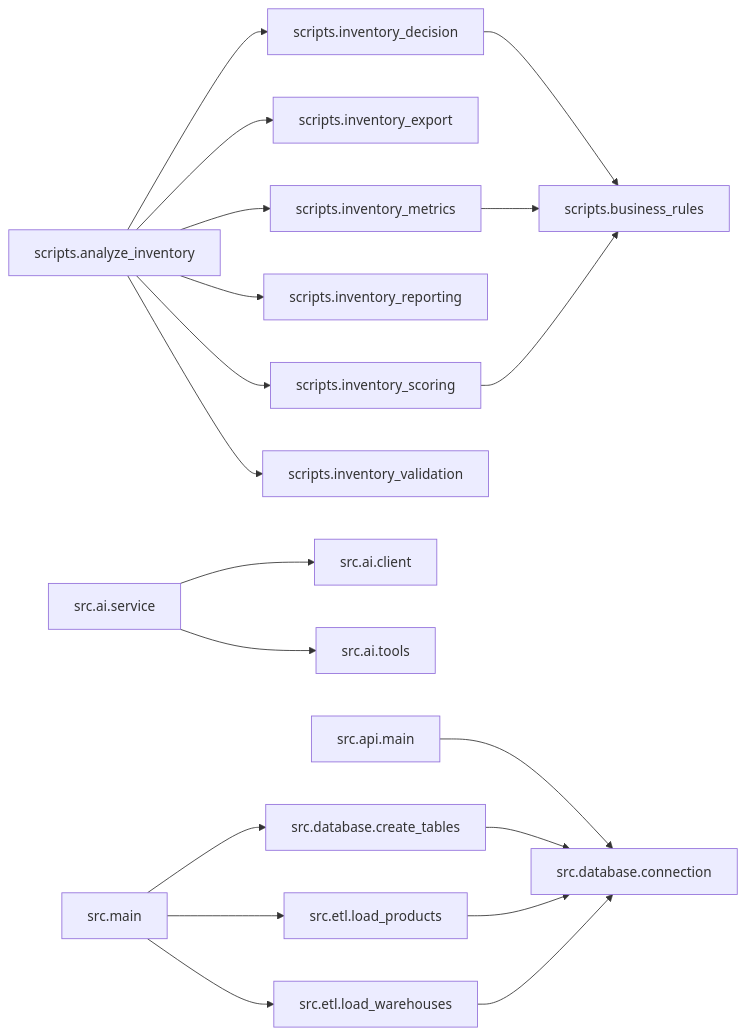
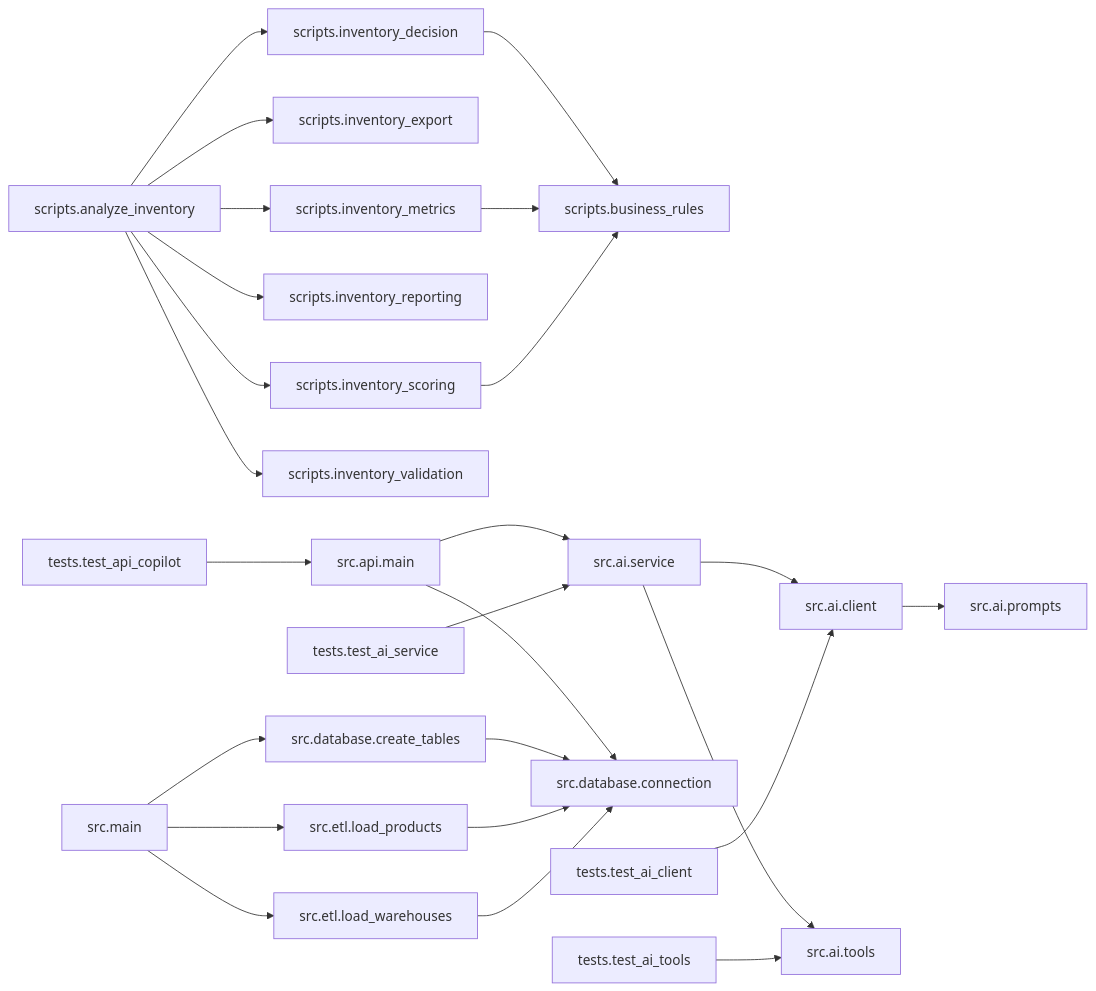
Before and after one commit to RodsSoares/ai-supply-chain-copilot: the diagram in docs/project_audit/PROJECT_AUDIT.md, drawn with Mermaid. The commit also changed other lines of this file and 10 other files, not shown here.

````diff
--- a/docs/project_audit/PROJECT_AUDIT.md
+++ b/docs/project_audit/PROJECT_AUDIT.md
@@ -357,21 +458,27 @@
 ```mermaid
 flowchart LR
     scripts_analyze_inventory["scripts.analyze_inventory"] --> scripts_inventory_decision["scripts.inventory_decision"]
     scripts_analyze_inventory["scripts.analyze_inventory"] --> scripts_inventory_export["scripts.inventory_export"]
     scripts_analyze_inventory["scripts.analyze_inventory"] --> scripts_inventory_metrics["scripts.inventory_metrics"]
     scripts_analyze_inventory["scripts.analyze_inventory"] --> scripts_inventory_reporting["scripts.inventory_reporting"]
     scripts_analyze_inventory["scripts.analyze_inventory"] --> scripts_inventory_scoring["scripts.inventory_scoring"]
     scripts_analyze_inventory["scripts.analyze_inventory"] --> scripts_inventory_validation["scripts.inventory_validation"]
     scripts_inventory_decision["scripts.inventory_decision"] --> scripts_business_rules["scripts.business_rules"]
     scripts_inventory_metrics["scripts.inventory_metrics"] --> scripts_business_rules["scripts.business_rules"]
     scripts_inventory_scoring["scripts.inventory_scoring"] --> scripts_business_rules["scripts.business_rules"]
+    src_ai_client["src.ai.client"] --> src_ai_prompts["src.ai.prompts"]
     src_ai_service["src.ai.service"] --> src_ai_client["src.ai.client"]
     src_ai_service["src.ai.service"] --> src_ai_tools["src.ai.tools"]
+    src_api_main["src.api.main"] --> src_ai_service["src.ai.service"]
     src_api_main["src.api.main"] --> src_database_connection["src.database.connection"]
     src_database_create_tables["src.database.create_tables"] --> src_database_connection["src.database.connection"]
     src_etl_load_products["src.etl.load_products"] --> src_database_connection["src.database.connection"]
     src_etl_load_warehouses["src.etl.load_warehouses"] --> src_database_connection["src.database.connection"]
     src_main["src.main"] --> src_database_create_tables["src.database.create_tables"]
     src_main["src.main"] --> src_etl_load_products["src.etl.load_products"]
     src_main["src.main"] --> src_etl_load_warehouses["src.etl.load_warehouses"]
+    tests_test_ai_client["tests.test_ai_client"] --> src_ai_client["src.ai.client"]
+    tests_test_ai_service["tests.test_ai_service"] --> src_ai_service["src.ai.service"]
+    tests_test_ai_tools["tests.test_ai_tools"] --> src_ai_tools["src.ai.tools"]
+    tests_test_api_copilot["tests.test_api_copilot"] --> src_api_main["src.api.main"]
 ```
````
